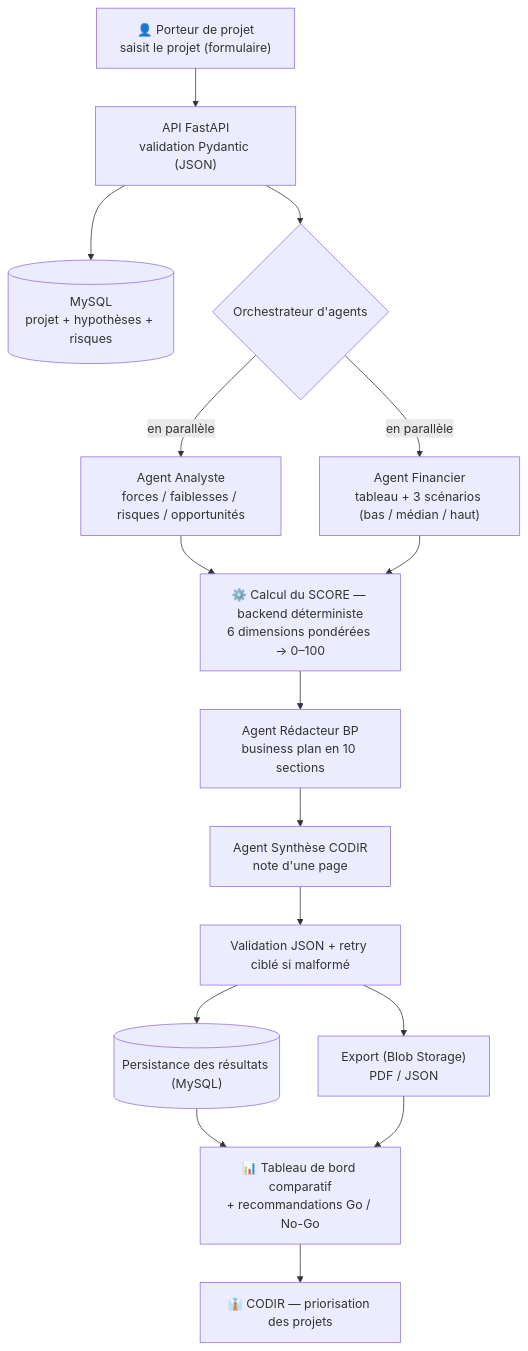
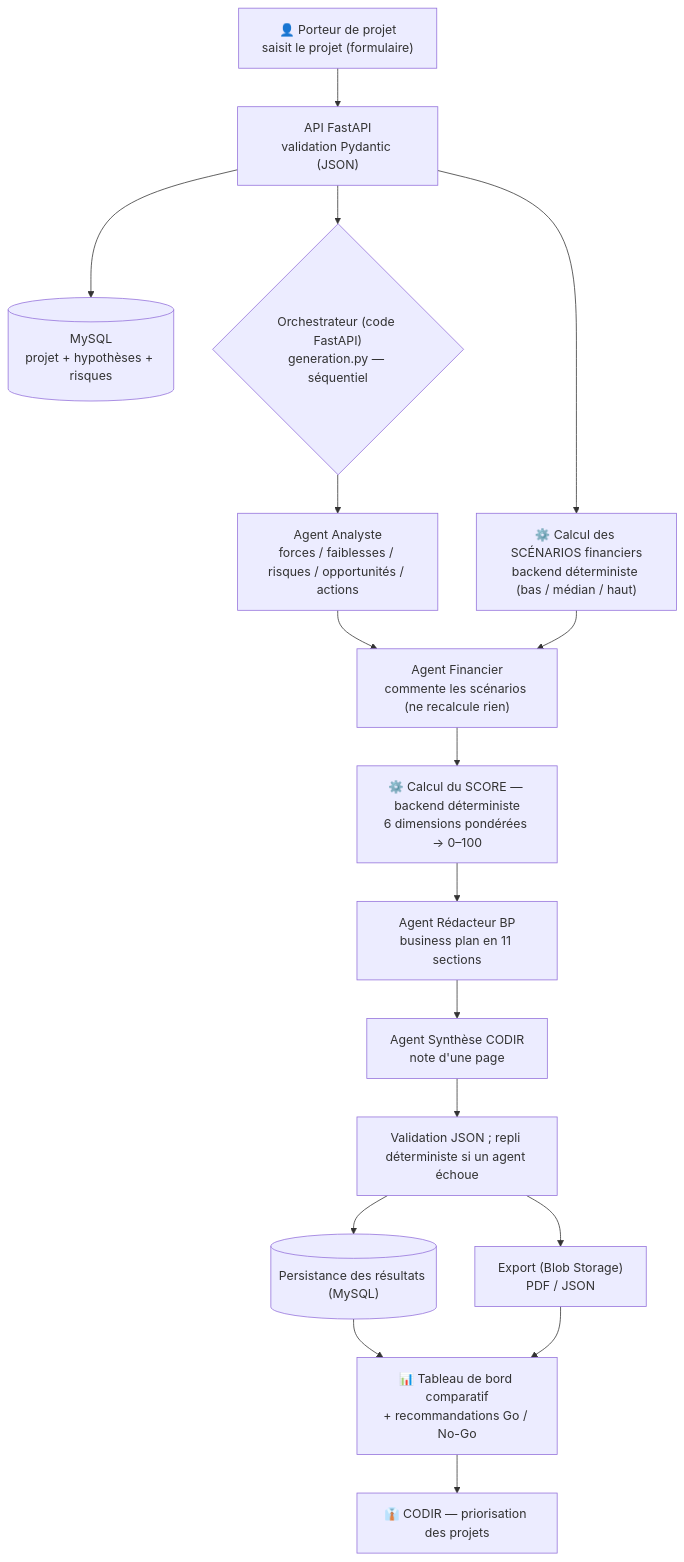
The second of 3 diagrams in docs/diagrammes.md (BenjGue/emba-bp-analyst), drawn with Mermaid before and after one commit. The commit also changed other lines of this file and 7 other files, not shown here.

Commit message:
docs: clarifie l'architecture IA (6 agents, orchestration par le code, pas d'agent scoring, 11 sections)

````diff
--- a/docs/diagrammes.md
+++ b/docs/diagrammes.md
@@ -76,18 +77,19 @@
 ```mermaid
 flowchart TD
     A["👤 Porteur de projet<br/>saisit le projet (formulaire)"] --> B["API FastAPI<br/>validation Pydantic (JSON)"]
     B --> C[("MySQL<br/>projet + hypothèses + risques")]
-    B --> D{"Orchestrateur d'agents"}
-    D -->|en parallèle| E["Agent Analyste<br/>forces / faiblesses / risques / opportunités"]
-    D -->|en parallèle| F["Agent Financier<br/>tableau + 3 scénarios (bas / médian / haut)"]
-    E --> G["⚙️ Calcul du SCORE — backend déterministe<br/>6 dimensions pondérées → 0–100"]
-    F --> G
-    G --> H["Agent Rédacteur BP<br/>business plan en 10 sections"]
+    B --> D{"Orchestrateur (code FastAPI)<br/>generation.py — séquentiel"}
+    B --> S["⚙️ Calcul des SCÉNARIOS financiers<br/>backend déterministe (bas / médian / haut)"]
+    D --> E["Agent Analyste<br/>forces / faiblesses / risques / opportunités / actions"]
+    E --> F["Agent Financier<br/>commente les scénarios (ne recalcule rien)"]
+    S --> F
+    F --> G["⚙️ Calcul du SCORE — backend déterministe<br/>6 dimensions pondérées → 0–100"]
+    G --> H["Agent Rédacteur BP<br/>business plan en 11 sections"]
     H --> I["Agent Synthèse CODIR<br/>note d'une page"]
-    I --> J["Validation JSON + retry ciblé si malformé"]
+    I --> J["Validation JSON ; repli déterministe si un agent échoue"]
     J --> K[("Persistance des résultats (MySQL)")]
     J --> L["Export (Blob Storage)<br/>PDF / JSON"]
     K --> M["📊 Tableau de bord comparatif<br/>+ recommandations Go / No-Go"]
     L --> M
     M --> N["👔 CODIR — priorisation des projets"]
 ```
````
